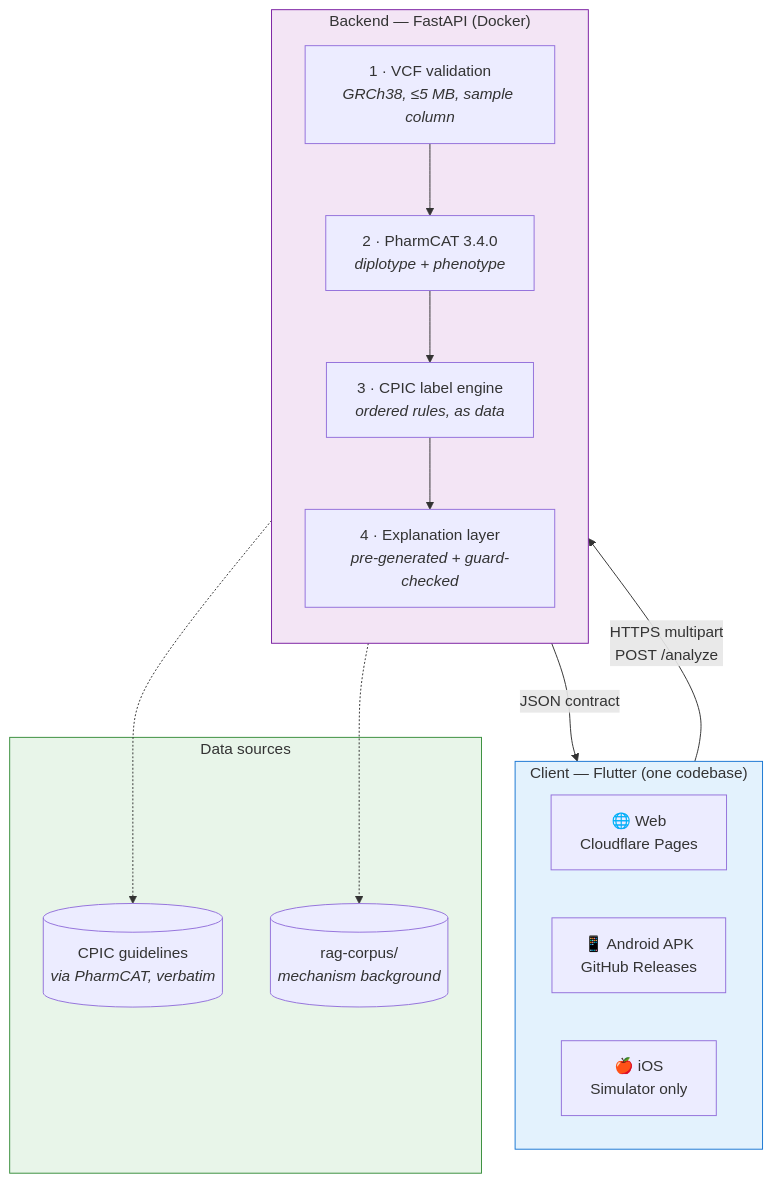
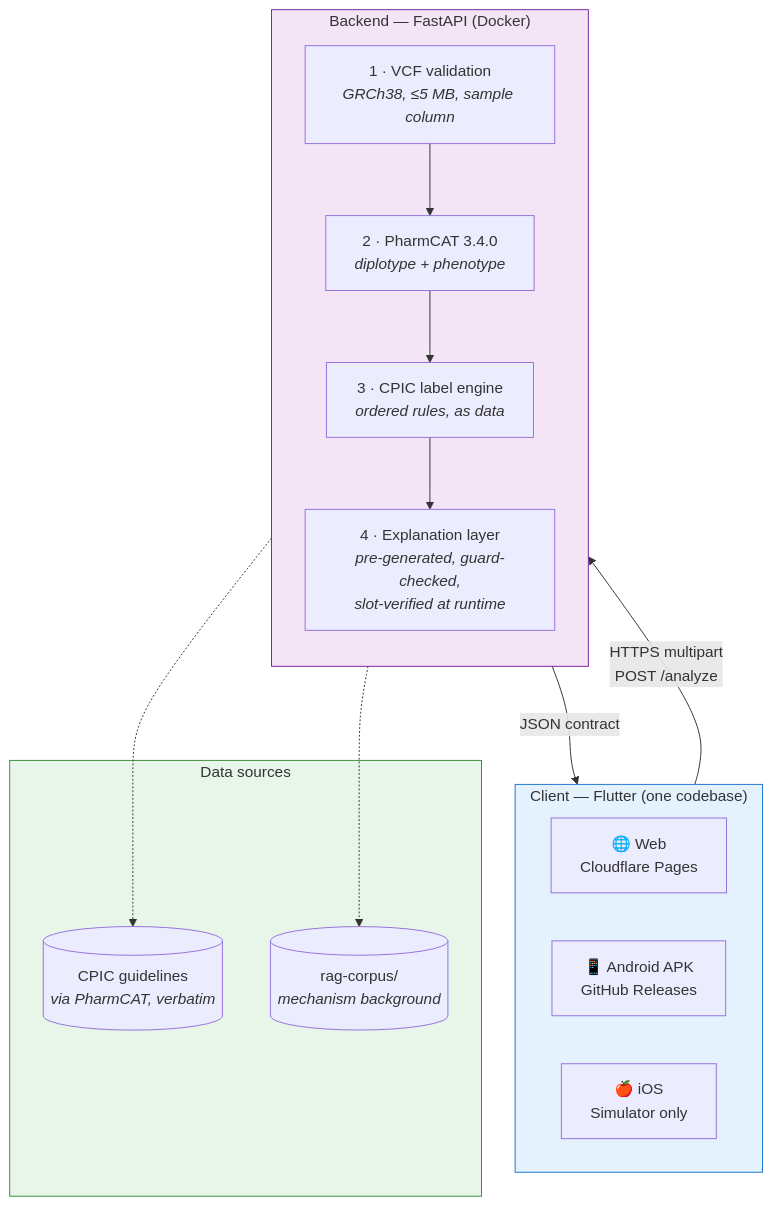
One commit to bhuvantharanath/Pharmacogenomic_Risk_Prediction_System changed the first of 2 diagrams in README.md. Above: the diagram before and after it, drawn with Mermaid. The commit also changed other lines of this file and 19 other files, not shown here.

````diff
--- a/README.md
+++ b/README.md
@@ -52,31 +52,31 @@
 ```mermaid
 flowchart TB
     subgraph client["Client — Flutter (one codebase)"]
         web["🌐 Web<br/>Cloudflare Pages"]
         android["📱 Android APK<br/>GitHub Releases"]
         ios["🍎 iOS<br/>Simulator only"]
     end
 
     subgraph backend["Backend — FastAPI (Docker)"]
         direction TB
         val["1 · VCF validation<br/><i>GRCh38, ≤5 MB, sample column</i>"]
         pc["2 · PharmCAT 3.4.0<br/><i>diplotype + phenotype</i>"]
         eng["3 · CPIC label engine<br/><i>ordered rules, as data</i>"]
-        exp["4 · Explanation layer<br/><i>pre-generated + guard-checked</i>"]
+        exp["4 · Explanation layer<br/><i>pre-generated, guard-checked,<br/>slot-verified at runtime</i>"]
         val --> pc --> eng --> exp
     end
 
     subgraph data["Data sources"]
         cpic[("CPIC guidelines<br/><i>via PharmCAT, verbatim</i>")]
         corpus[("rag-corpus/<br/><i>mechanism background</i>")]
     end
 
     client -->|"HTTPS multipart<br/>POST /analyze"| backend
     backend -->|"JSON contract"| client
     pc -.-> cpic
     exp -.-> corpus
 
     style client fill:#e3f2fd,stroke:#1976d2
     style backend fill:#f3e5f5,stroke:#7b1fa2
     style data fill:#e8f5e9,stroke:#388e3c
 ```
````
